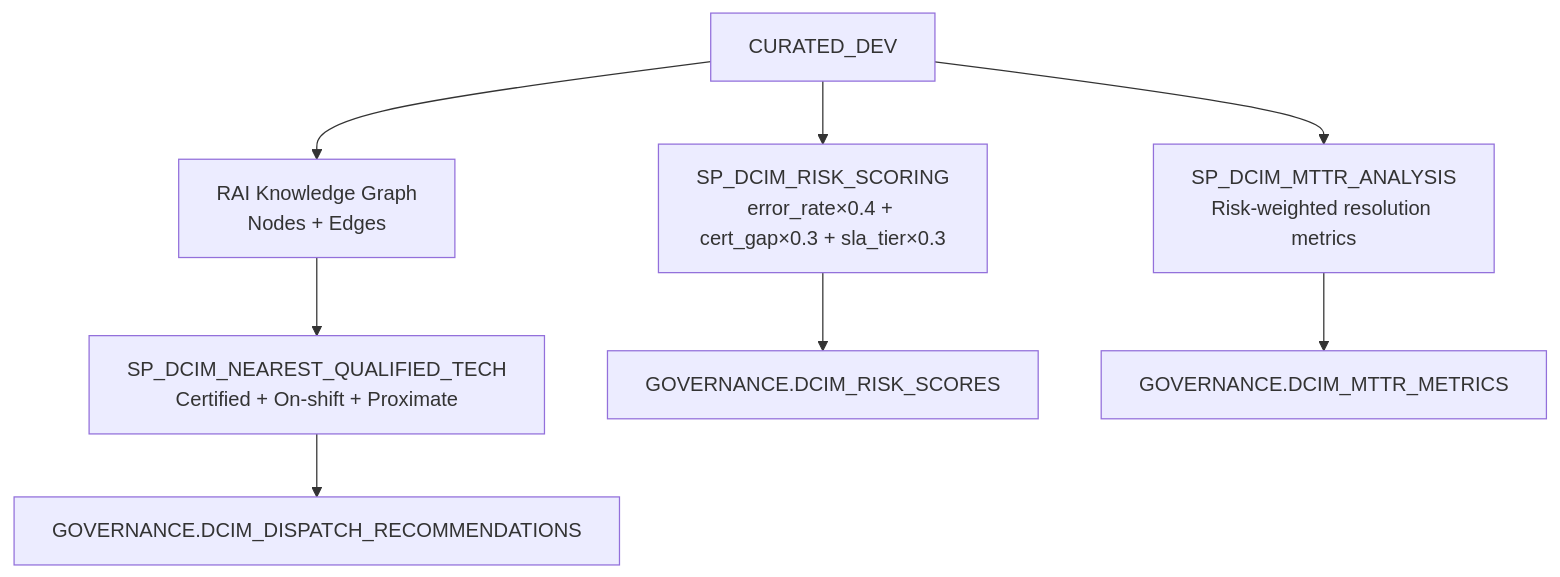
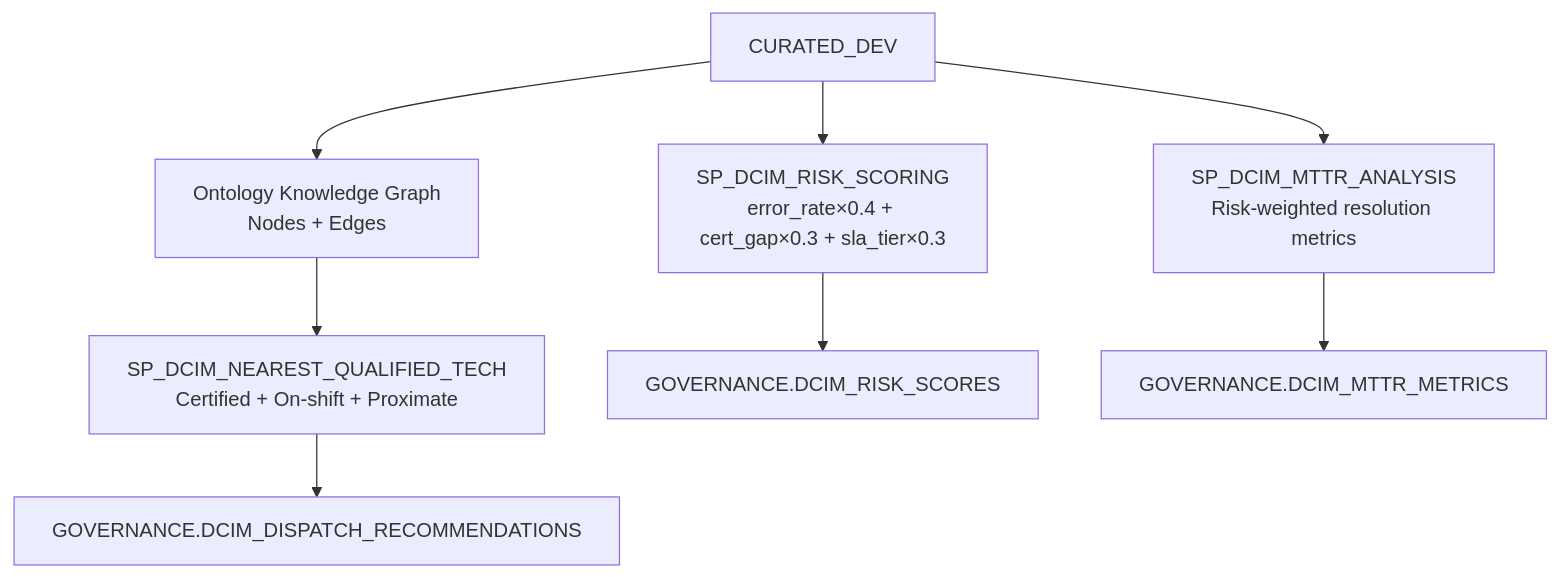
One commit to sfc-gh-smitchener-1/snowflake-dca-fullstack-demo changed the second of 4 diagrams in industry-demos/dcim/ARCHITECTURE_STRATEGY.md. Above: the diagram before and after it, drawn with Mermaid. The commit also changed other lines of this file and 149 other files, not shown here.

````diff
--- a/industry-demos/dcim/ARCHITECTURE_STRATEGY.md
+++ b/industry-demos/dcim/ARCHITECTURE_STRATEGY.md
@@ -68,11 +68,11 @@
 ```mermaid
 flowchart TD
     CURATED[CURATED_DEV] --> RISK[SP_DCIM_RISK_SCORING<br/>error_rate×0.4 + cert_gap×0.3 + sla_tier×0.3]
     CURATED --> MTTR[SP_DCIM_MTTR_ANALYSIS<br/>Risk-weighted resolution metrics]
-    CURATED --> GRAPH[RAI Knowledge Graph<br/>Nodes + Edges]
+    CURATED --> GRAPH[Ontology Knowledge Graph<br/>Nodes + Edges]
 
     GRAPH --> DISPATCH[SP_DCIM_NEAREST_QUALIFIED_TECH<br/>Certified + On-shift + Proximate]
     RISK --> ANALYTICS[GOVERNANCE.DCIM_RISK_SCORES]
     MTTR --> ANALYTICS2[GOVERNANCE.DCIM_MTTR_METRICS]
     DISPATCH --> ANALYTICS3[GOVERNANCE.DCIM_DISPATCH_RECOMMENDATIONS]
 ```
````
